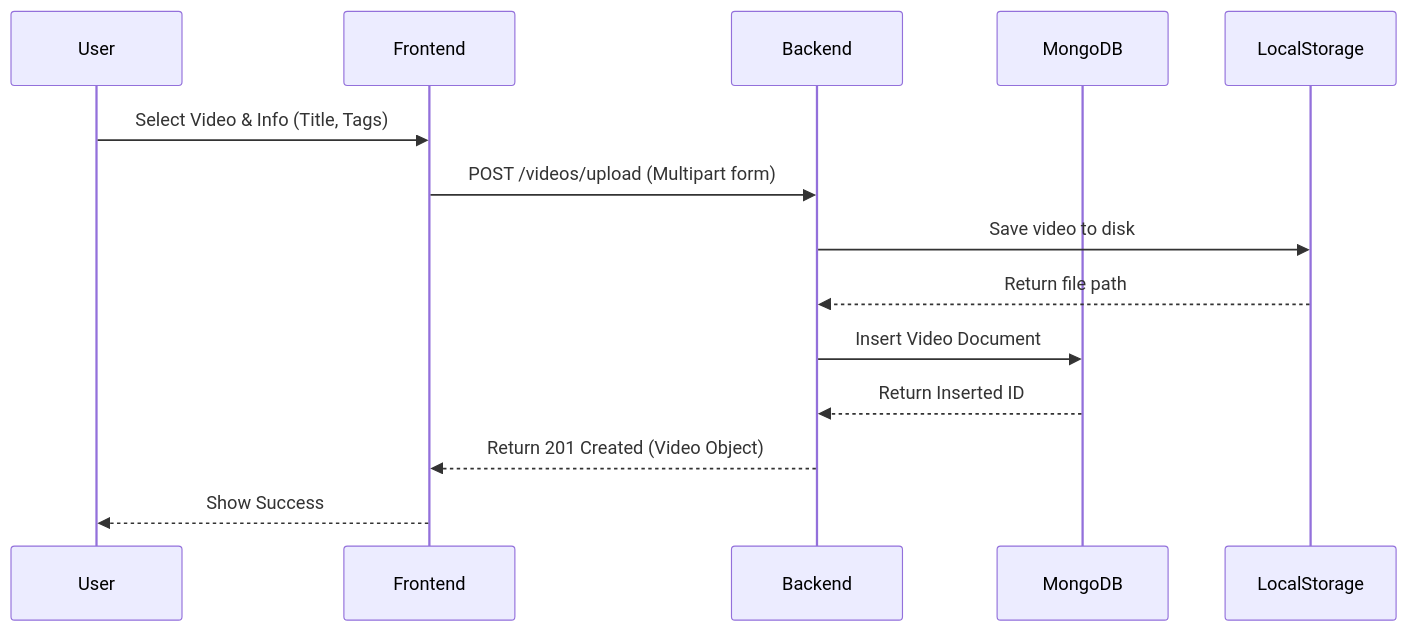
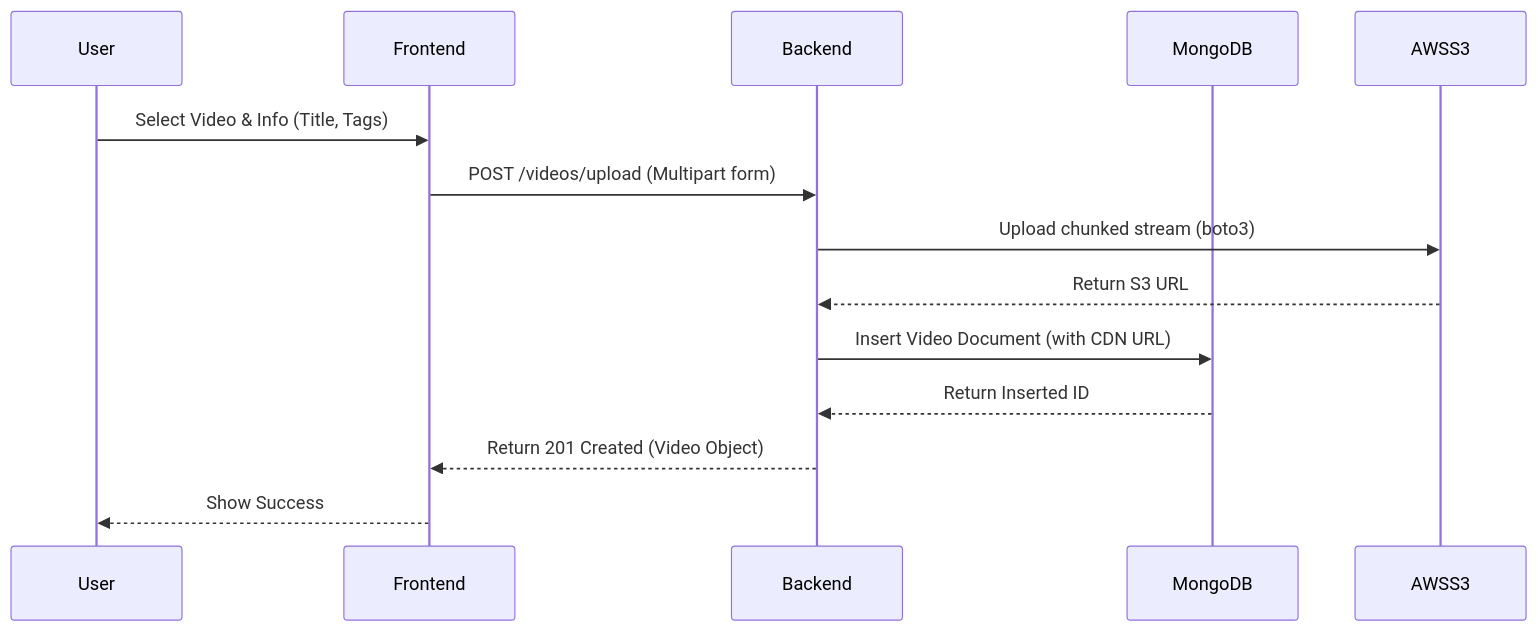
Before and after one commit to sujalwarke28/systemDesign_VideoStreaming: the diagram in architecture/video_upload_sequence.md, drawn with Mermaid. The commit also changed 14 other files, not shown here.

````diff
--- a/architecture/video_upload_sequence.md
+++ b/architecture/video_upload_sequence.md
@@ -1,17 +1,17 @@
 ```mermaid
 sequenceDiagram
     participant User
     participant Frontend
     participant Backend
     participant MongoDB
-    participant LocalStorage
+    participant AWSS3
 
     User->>Frontend: Select Video & Info (Title, Tags)
     Frontend->>Backend: POST /videos/upload (Multipart form)
-    Backend->>LocalStorage: Save video to disk
-    LocalStorage-->>Backend: Return file path
-    Backend->>MongoDB: Insert Video Document
+    Backend->>AWSS3: Upload chunked stream (boto3)
+    AWSS3-->>Backend: Return S3 URL
+    Backend->>MongoDB: Insert Video Document (with CDN URL)
     MongoDB-->>Backend: Return Inserted ID
     Backend-->>Frontend: Return 201 Created (Video Object)
     Frontend-->>User: Show Success
 ```
````
